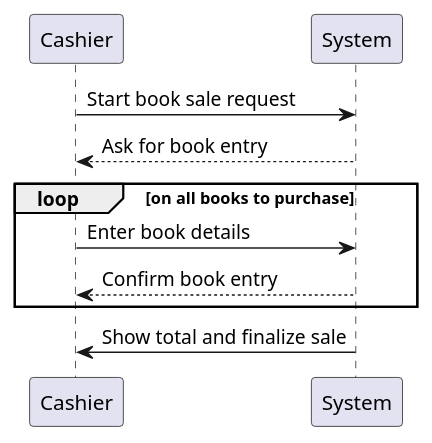
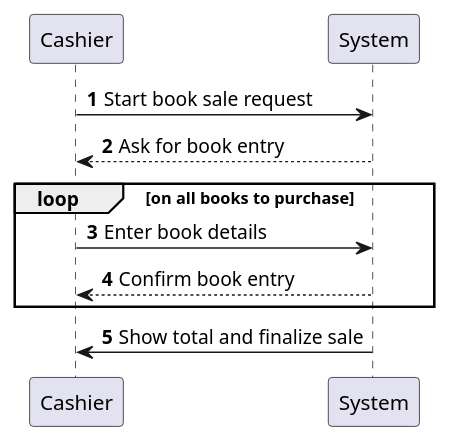
One commit to HabibaMekay/Bookstore-Management-System changed the diagram in system sequnece diagram/ProcessBookSale.puml. Above: the diagram before and after it, drawn with PlantUML. The commit also changed 7 other files, not shown here.

```diff
--- a/system sequnece diagram/ProcessBookSale.puml
+++ b/system sequnece diagram/ProcessBookSale.puml
@@ -1,14 +1,15 @@
 @startuml
-'autonumber
+autonumber
+
 
 Cashier -> System: Start book sale request
 System --> Cashier: Ask for book entry
 
 loop on all books to purchase
     Cashier -> System: Enter book details
     System --> Cashier: Confirm book entry
 end
 
 System -> Cashier: Show total and finalize sale
 
 @enduml
```
